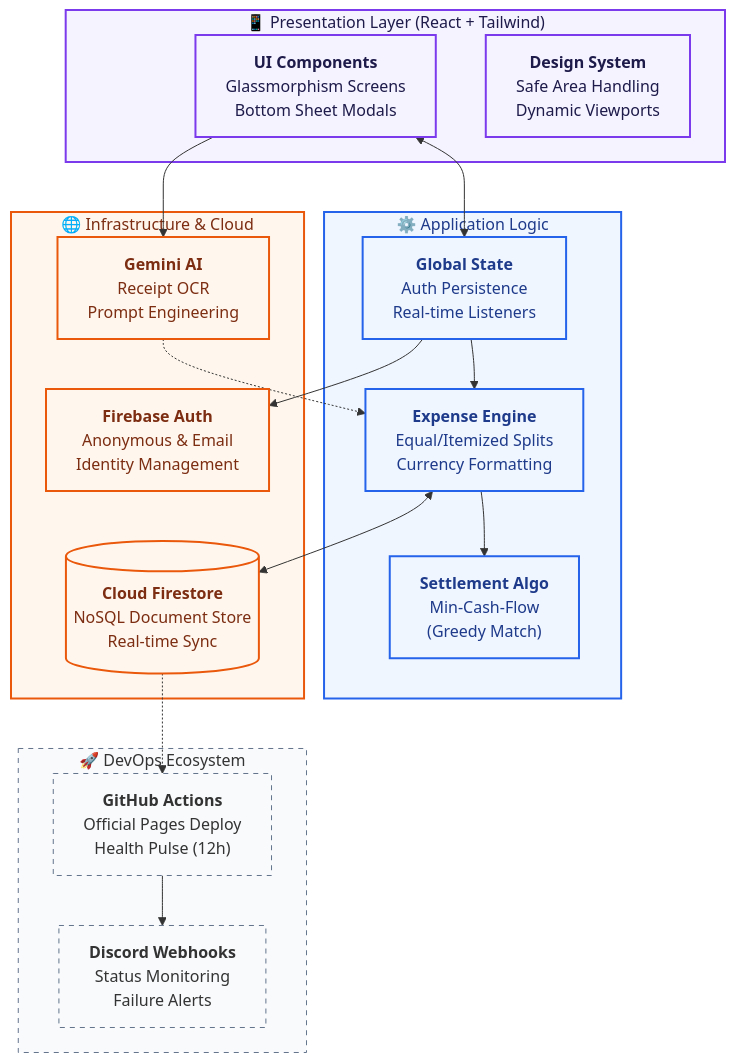
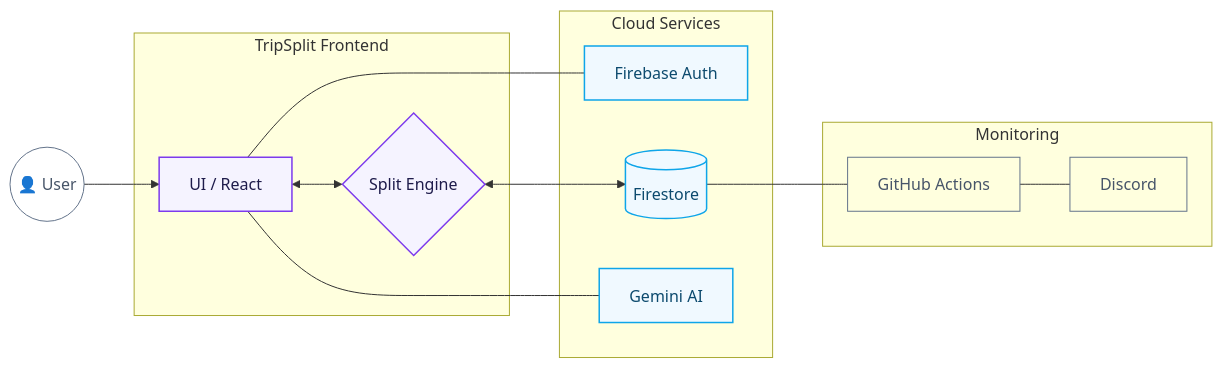
The diagram in README.md (Ashborn-047/trip_split), drawn with Mermaid before and after one commit.

Commit message:
docs: clean up architecture diagram with minimalist flow

````diff
--- a/README.md
+++ b/README.md
@@ -33,47 +33,39 @@
 ```mermaid
-graph TD
-    %% Base Styles
-    classDef clientLayer fill:#f5f3ff,stroke:#7c3aed,stroke-width:2px,color:#1e1b4b;
-    classDef logicLayer fill:#eff6ff,stroke:#2563eb,stroke-width:2px,color:#1e3a8a;
-    classDef infraLayer fill:#fff7ed,stroke:#ea580c,stroke-width:2px,color:#7c2d12;
-    classDef external fill:#f8fafc,stroke:#64748b,stroke-width:1px,stroke-dasharray: 5 5;
-
-    subgraph Presentation["📱 Presentation Layer (React + Tailwind)"]
-        UI["<b>UI Components</b><br/>Glassmorphism Screens<br/>Bottom Sheet Modals"]
-        Theme["<b>Design System</b><br/>Safe Area Handling<br/>Dynamic Viewports"]
+graph LR
+    %% Minimalist Styles
+    classDef default fill:none,stroke:#64748b,stroke-width:1px,color:#475569;
+    classDef primary fill:#f5f3ff,stroke:#7c3aed,stroke-width:1.5px,color:#1e1b4b;
+    classDef accent fill:#f0f9ff,stroke:#0ea5e9,stroke-width:1.5px,color:#0c4a6e;
+    
+    %% Components
+    User((👤 User))
+    
+    subgraph App ["TripSplit Frontend"]
+        UI[UI / React]
+        Logic{Split Engine}
     end
-
-    subgraph Application["⚙️ Application Logic"]
-        Split["<b>Expense Engine</b><br/>Equal/Itemized Splits<br/>Currency Formatting"]
-        Algo["<b>Settlement Algo</b><br/>Min-Cash-Flow<br/>(Greedy Match)"]
-        State["<b>Global State</b><br/>Auth Persistence<br/>Real-time Listeners"]
+    
+    subgraph Services ["Cloud Services"]
+        Auth[Firebase Auth]
+        DB[(Firestore)]
+        AI[Gemini AI]
     end
-
-    subgraph Infrastructure["🌐 Infrastructure & Cloud"]
-        Firestore[("<b>Cloud Firestore</b><br/>NoSQL Document Store<br/>Real-time Sync")]
-        Auth["<b>Firebase Auth</b><br/>Anonymous & Email<br/>Identity Management"]
-        Gemini["<b>Gemini AI</b><br/>Receipt OCR<br/>Prompt Engineering"]
+    
+    subgraph Ops ["Monitoring"]
+        CI[GitHub Actions]
+        Alerts[Discord]
     end
-
-    subgraph CI_CD["🚀 DevOps Ecosystem"]
-        Actions["<b>GitHub Actions</b><br/>Official Pages Deploy<br/>Health Pulse (12h)"]
-        Discord["<b>Discord Webhooks</b><br/>Status Monitoring<br/>Failure Alerts"]
-    end
-
-    %% Flows
-    UI <--> State
-    State --> Split
-    Split --> Algo
-    Split <--> Firestore
-    State --> Auth
-    UI --> Gemini
-    Gemini -.-> Split
-    Firestore -.-> Actions
-    Actions --> Discord
-
-    %% Assign Classes
-    class Presentation,UI,Theme clientLayer;
-    class Application,Split,Algo,State logicLayer;
-    class Infrastructure,Firestore,Auth,Gemini infraLayer;
-    class CI_CD,Actions,Discord external;
+    
+    %% Flow
+    User --> UI
+    UI <--> Logic
+    Logic <--> DB
+    UI --- Auth
+    UI --- AI
+    DB --- CI
+    CI --- Alerts
+    
+    %% Branding
+    class UI,Logic primary;
+    class Auth,DB,AI accent;
 ```
````
